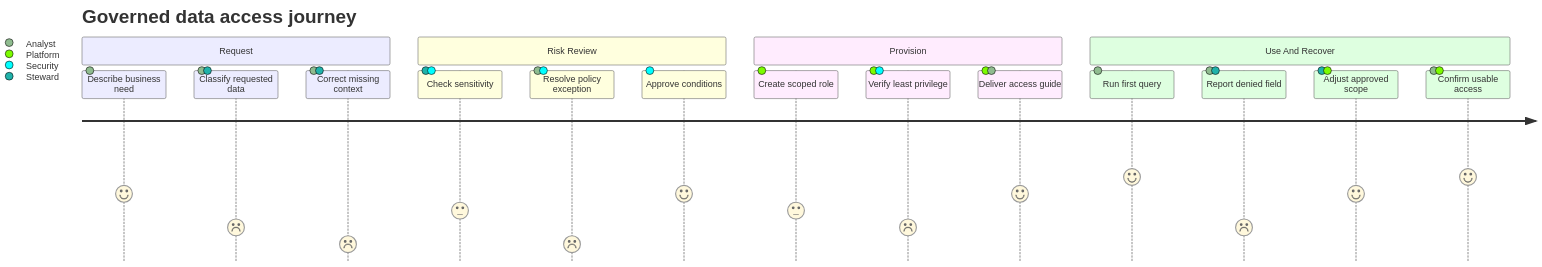
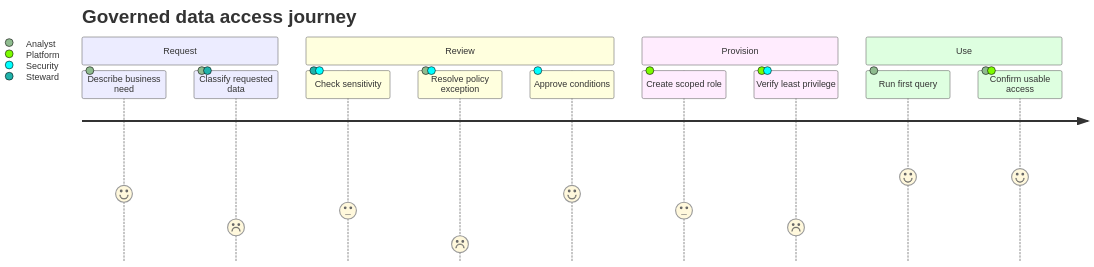
One commit to mols3131d/mols-agent-assets changed the second of 2 diagrams in src/rulesync/.rulesync/skills/mols-mermaid-diagram/references/examples/user-journey.md. Above: the diagram before and after it, drawn with Mermaid. The commit also changed other lines of this file and 27 other files, not shown here.

Commit message:
docs(mermaid): diagram examples 단계별 고도화

````diff
--- a/src/rulesync/.rulesync/skills/mols-mermaid-diagram/references/examples/user-journey.md
+++ b/src/rulesync/.rulesync/skills/mols-mermaid-diagram/references/examples/user-journey.md
@@ -24,21 +40,17 @@
 ```mermaid
 journey
     title Governed data access journey
     section Request
         Describe business need: 4: Analyst
         Classify requested data: 2: Analyst, Steward
-        Correct missing context: 1: Analyst, Steward
-    section Risk Review
+    section Review
         Check sensitivity: 3: Steward, Security
         Resolve policy exception: 1: Analyst, Security
         Approve conditions: 4: Security
     section Provision
         Create scoped role: 3: Platform
         Verify least privilege: 2: Platform, Security
-        Deliver access guide: 4: Platform, Analyst
-    section Use And Recover
+    section Use
         Run first query: 5: Analyst
-        Report denied field: 2: Analyst, Steward
-        Adjust approved scope: 4: Steward, Platform
         Confirm usable access: 5: Analyst, Platform
 ```
````
